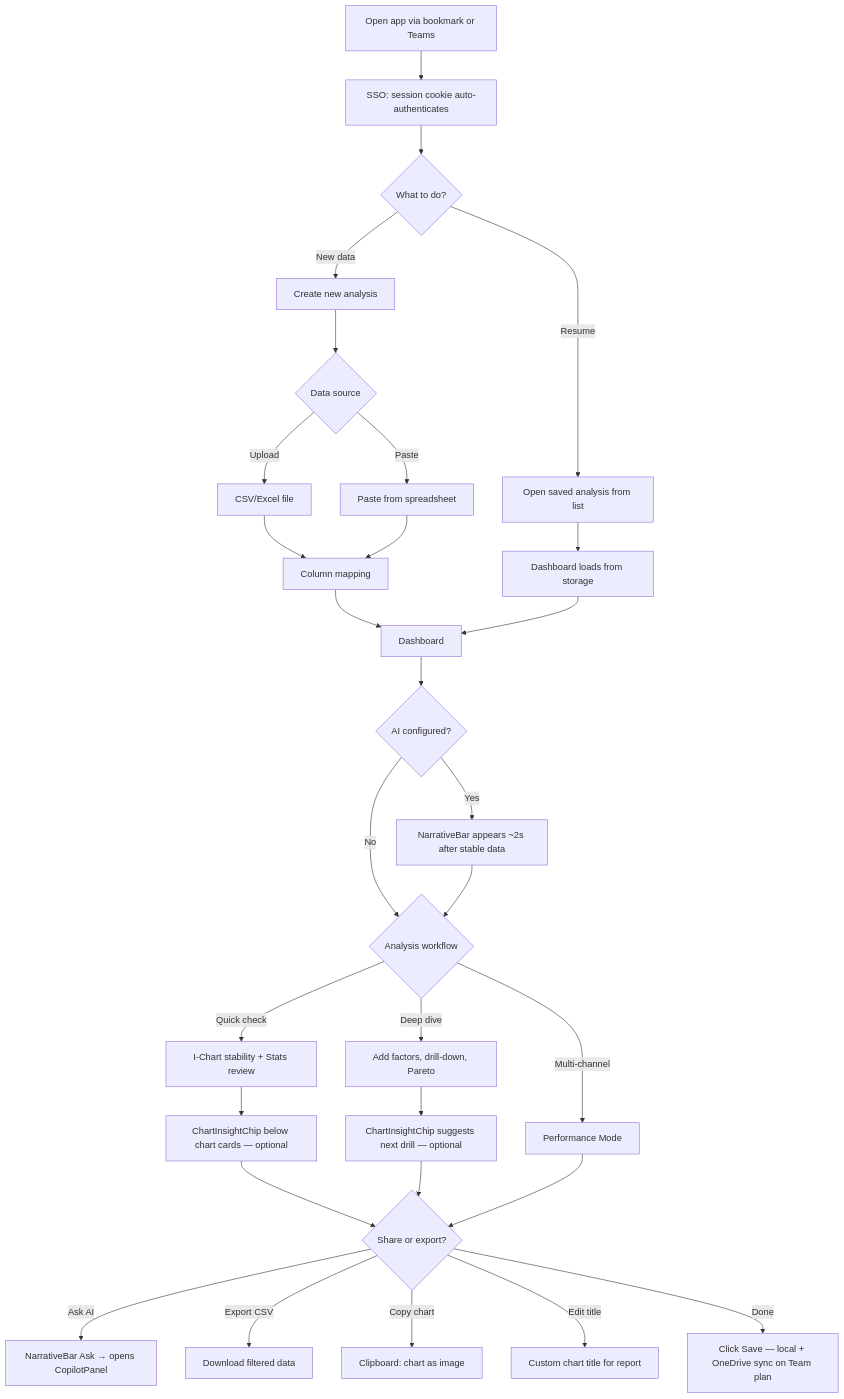
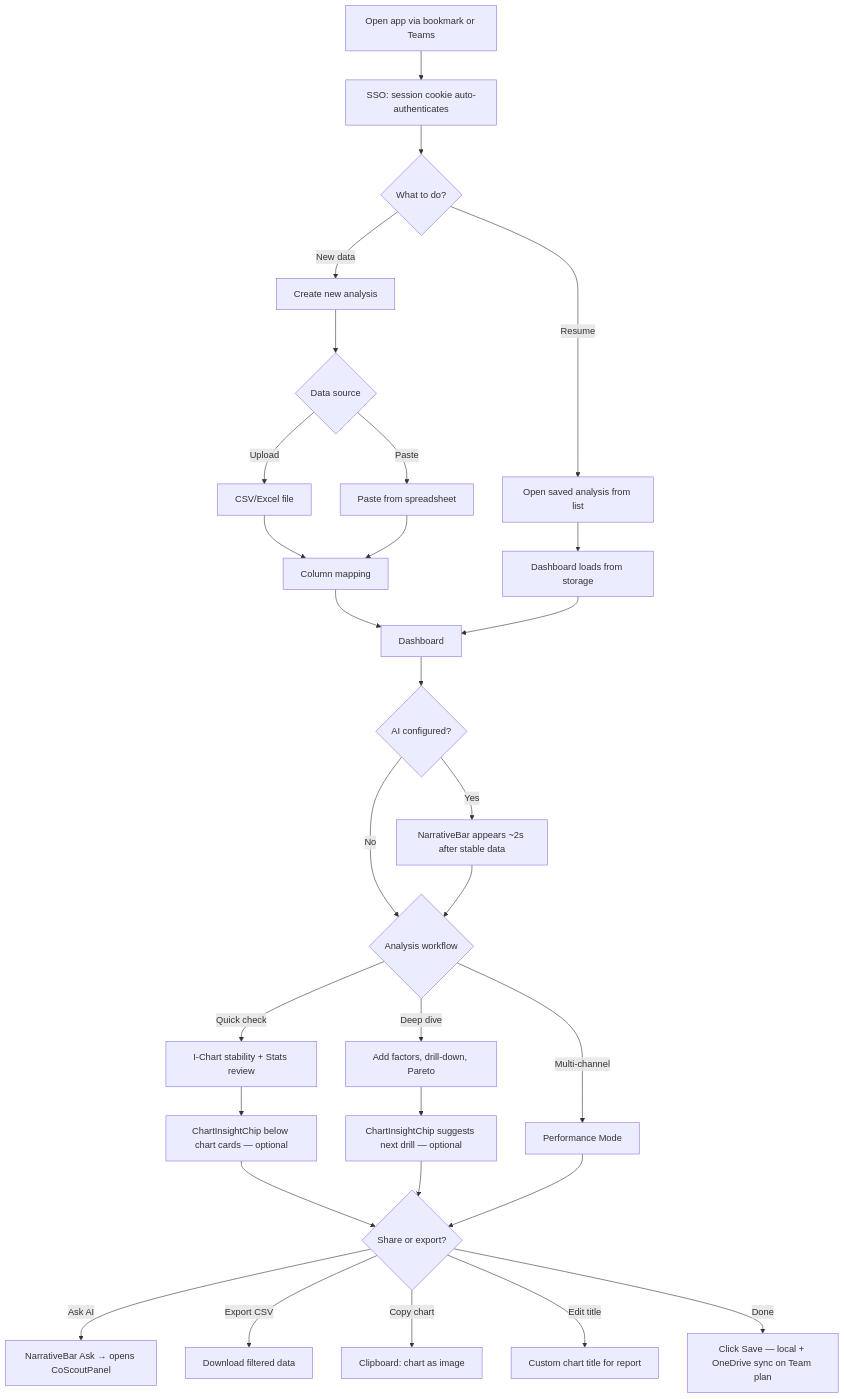
One commit to jukka-matti/variscout changed the first of 2 diagrams in docs/02-journeys/flows/azure-daily-use.md. Above: the diagram before and after it, drawn with Mermaid. The commit also changed other lines of this file and 46 other files, not shown here.

First line of the commit message:
refactor: rename Copilot → CoScout throughout codebase

````diff
--- a/docs/02-journeys/flows/azure-daily-use.md
+++ b/docs/02-journeys/flows/azure-daily-use.md
@@ -35,32 +35,32 @@
 ```mermaid
 flowchart TD
     A[Open app via bookmark or Teams] --> B[SSO: session cookie auto-authenticates]
     B --> C{What to do?}
     C -->|Resume| D[Open saved analysis from list]
     C -->|New data| E[Create new analysis]
     D --> F[Dashboard loads from storage]
     E --> G{Data source}
     G -->|Upload| H[CSV/Excel file]
     G -->|Paste| I[Paste from spreadsheet]
     H --> J[Column mapping]
     I --> J
     J --> K[Dashboard]
     F --> K
     K --> K2{AI configured?}
     K2 -->|Yes| K3[NarrativeBar appears ~2s after stable data]
     K2 -->|No| L
     K3 --> L{Analysis workflow}
     L -->|Quick check| M[I-Chart stability + Stats review]
     L -->|Deep dive| N[Add factors, drill-down, Pareto]
     L -->|Multi-channel| O[Performance Mode]
     M --> M2[ChartInsightChip below chart cards — optional]
     M2 --> P{Share or export?}
     N --> N2[ChartInsightChip suggests next drill — optional]
     N2 --> P
     O --> P
-    P -->|Ask AI| P2[NarrativeBar Ask → opens CopilotPanel]
+    P -->|Ask AI| P2[NarrativeBar Ask → opens CoScoutPanel]
     P -->|Export CSV| Q[Download filtered data]
     P -->|Copy chart| R[Clipboard: chart as image]
     P -->|Edit title| S[Custom chart title for report]
     P -->|Done| T[Click Save — local + OneDrive sync on Team plan]
 ```
````
